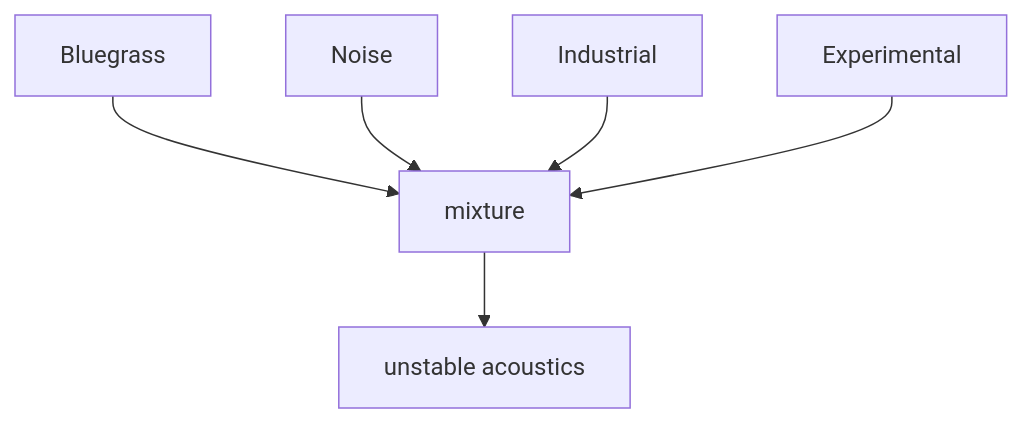
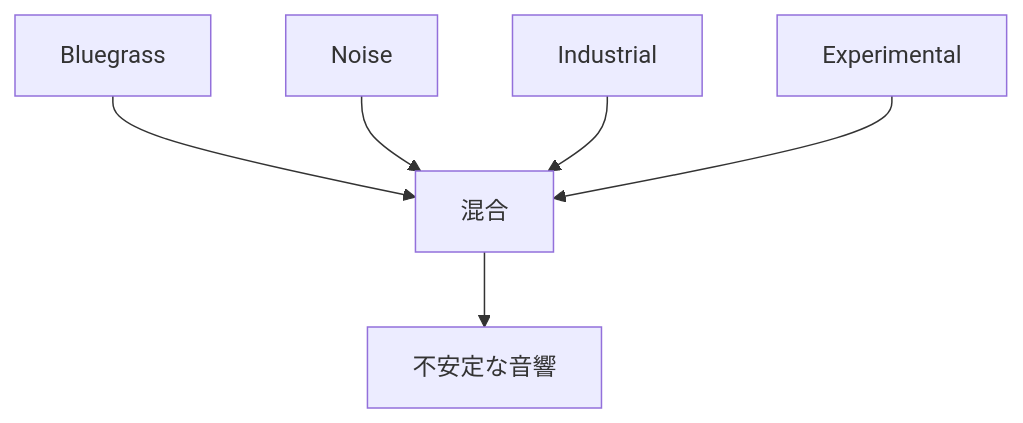
One commit to monumental-movement/monumental-movement.github.io changed the second of 4 diagrams in en/_posts/2026-04-18-column-caroliner.md. Above: the diagram before and after it, drawn with Mermaid. The commit also changed other lines of this file and 2196 other files, not shown here.

```diff
--- a/en/_posts/2026-04-18-column-caroliner.md
+++ b/en/_posts/2026-04-18-column-caroliner.md
@@ -113,8 +112,8 @@
 <div class="mermaid">
 flowchart TD
-A[Bluegrass] --> E[mixture]
+A[Bluegrass] --> E[混合]
 B[Noise] --> E
 C[Industrial] --> E
 D[Experimental] --> E
-E --> F[unstable acoustics]
+E --> F[不安定な音響]
 </div>
```
